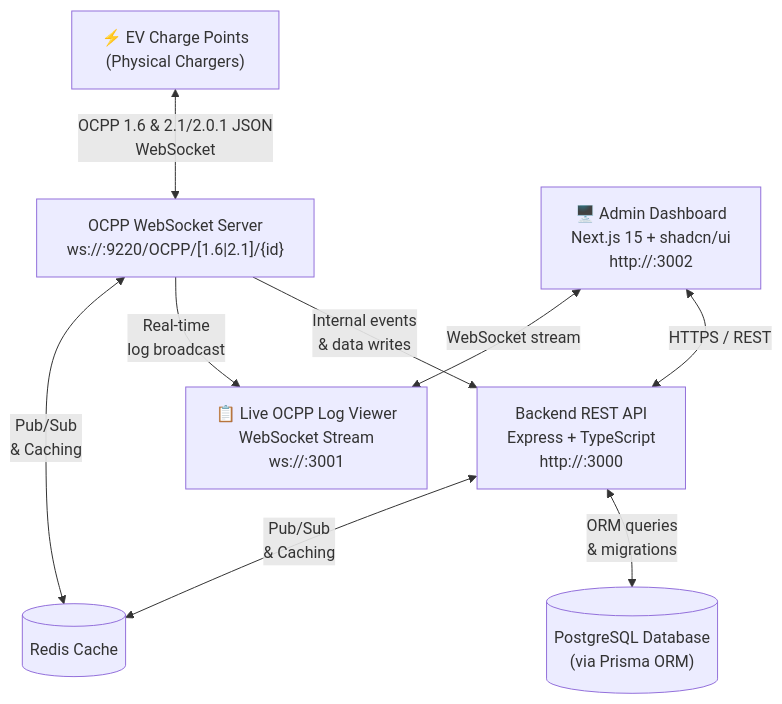
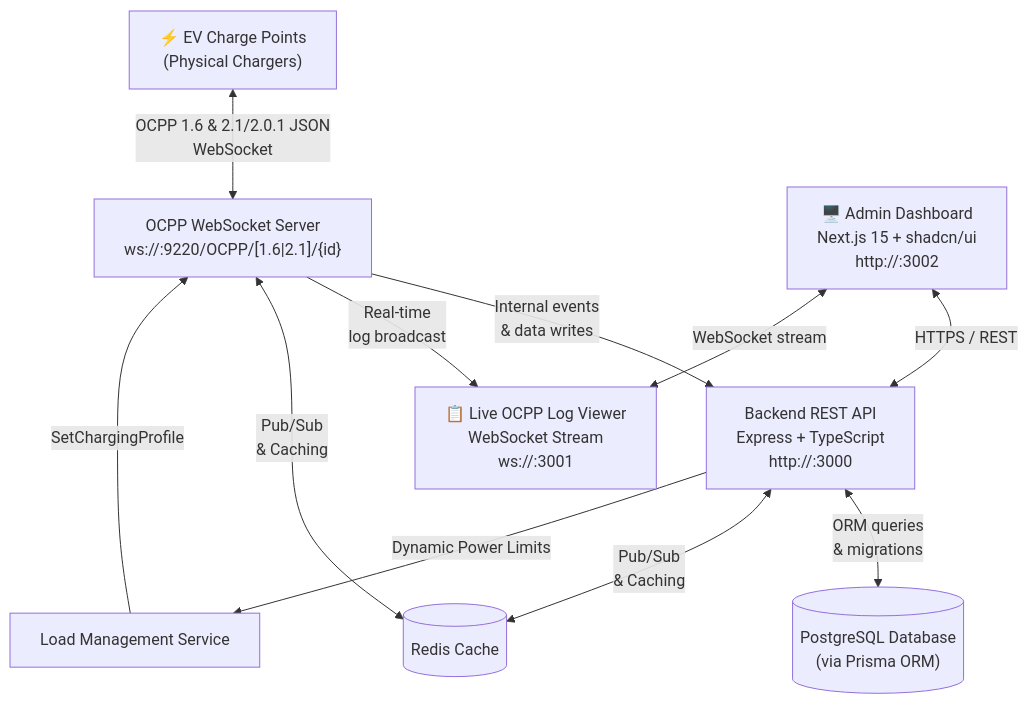
The diagram in README.md (webdotpulse/OCPP-CMS), drawn with Mermaid before and after one commit. The commit also changed other lines of this file and 6 other files, not shown here.

````diff
--- a/README.md
+++ b/README.md
@@ -78,18 +78,20 @@
 ```mermaid
 flowchart TD
     CP["⚡ EV Charge Points\n(Physical Chargers)"]
     OCPP["OCPP WebSocket Server\nws://:9220/OCPP/[1.6|2.1]/{id}"]
     API["Backend REST API\nExpress + TypeScript\nhttp://:3000"]
     DB[("PostgreSQL Database\n(via Prisma ORM)")]
     UI["🖥️ Admin Dashboard\nNext.js 15 + shadcn/ui\nhttp://:3002"]
     LOGS["📋 Live OCPP Log Viewer\nWebSocket Stream\nws://:3001"]
 
     CP <-->|"OCPP 1.6 & 2.1/2.0.1 JSON\nWebSocket"| OCPP
     OCPP -->|"Internal events\n& data writes"| API
     API <-->|"ORM queries\n& migrations"| DB
     UI <-->|"HTTPS / REST"| API
     UI <-->|"WebSocket stream"| LOGS
     OCPP -->|"Real-time\nlog broadcast"| LOGS
     OCPP <-->|"Pub/Sub\n& Caching"| REDIS[("Redis Cache")]
     API <-->|"Pub/Sub\n& Caching"| REDIS
+    API -->|"Dynamic Power Limits"| LMS["Load Management Service"]
+    LMS -->|"SetChargingProfile"| OCPP
 ```
````
